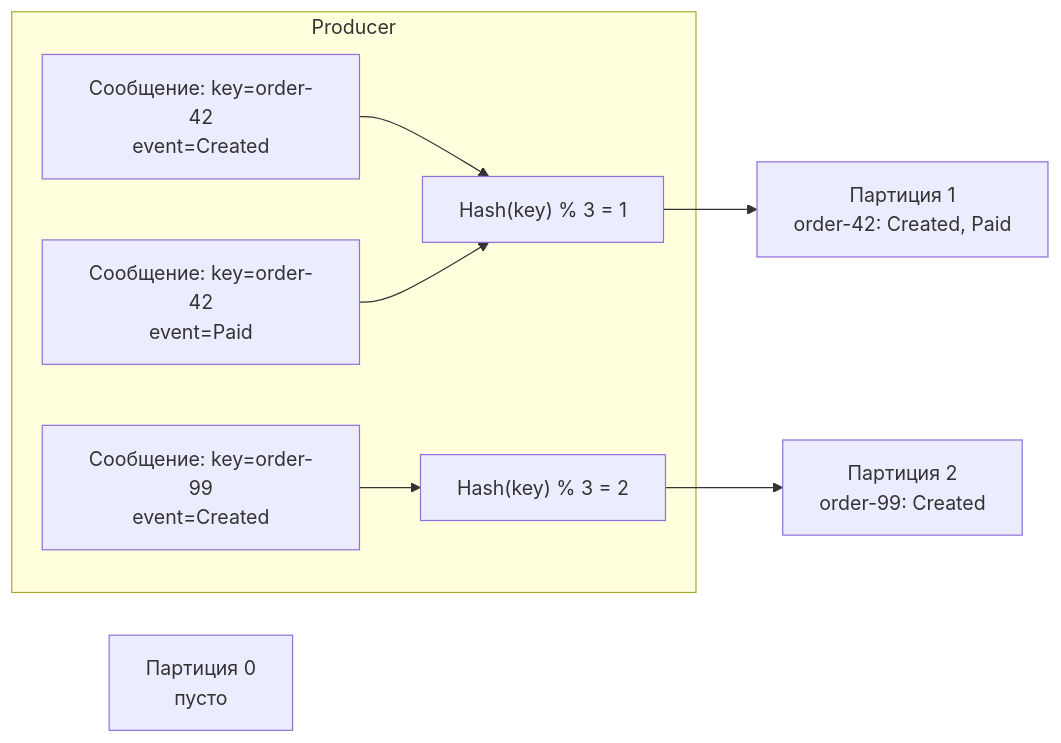
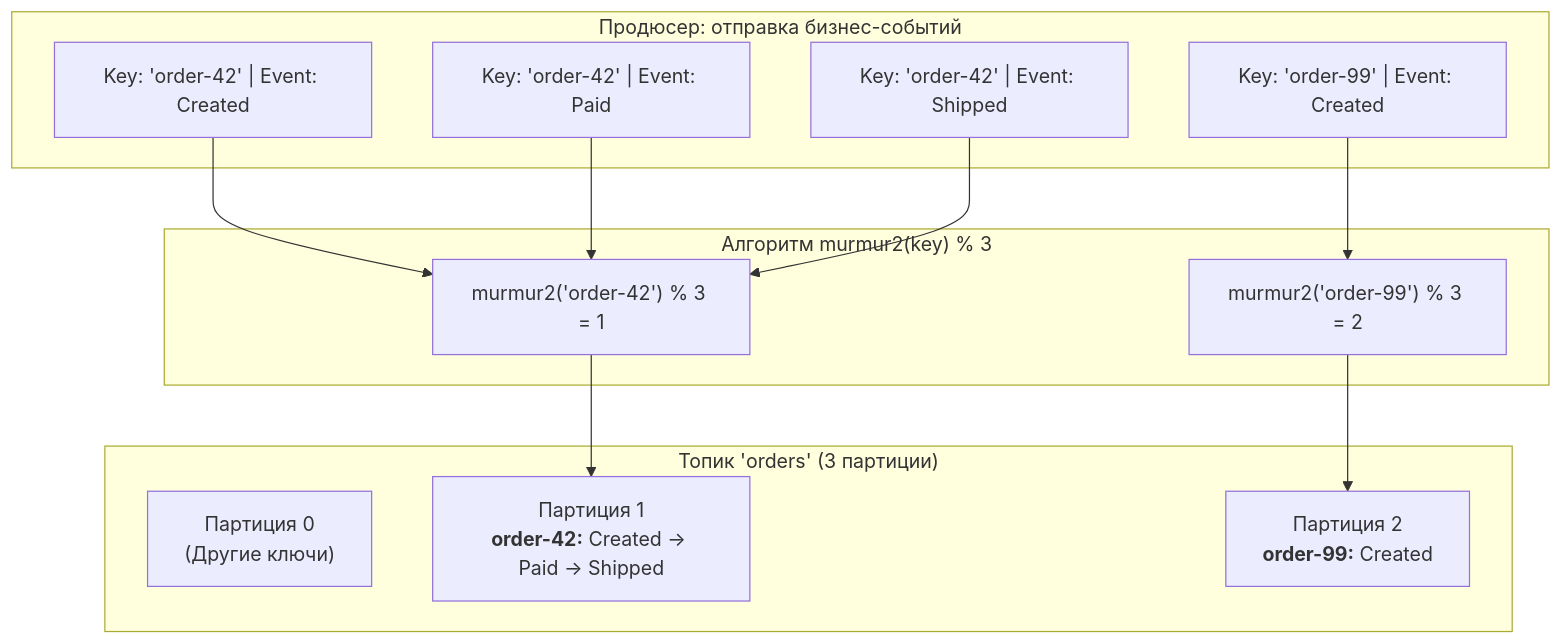
Before and after one commit to UnrealTemplier/go-textbook: the second of 4 diagrams in sources/13. Очереди, брокеры сообщений и оркестраторы/03. Kafka/5. Ordering и partitioning.md, drawn with Mermaid. The commit also changed other lines of this file, not shown here.

````diff
--- a/sources/13. Очереди, брокеры сообщений и оркестраторы/03. Kafka/5. Ordering и partitioning.md
+++ b/sources/13. Очереди, брокеры сообщений и оркестраторы/03. Kafka/5. Ordering и partitioning.md
@@ -27,11 +59,28 @@
 ```mermaid
-flowchart LR
-    subgraph Producer
-        A["Сообщение: key=order-42<br>event=Created"] --> H["Hash(key) % 3 = 1"]
-        B["Сообщение: key=order-42<br>event=Paid"] --> H
-        C["Сообщение: key=order-99<br>event=Created"] --> H2["Hash(key) % 3 = 2"]
+flowchart TD
+    subgraph ProducerApp["Продюсер: отправка бизнес-событий"]
+        E1["Key: 'order-42' | Event: Created"]
+        E2["Key: 'order-42' | Event: Paid"]
+        E3["Key: 'order-99' | Event: Created"]
+        E4["Key: 'order-42' | Event: Shipped"]
     end
-    H --> P1["Партиция 1<br>order-42: Created, Paid"]
-    H2 --> P2["Партиция 2<br>order-99: Created"]
-    P0["Партиция 0<br>пусто"]
+
+    subgraph Hashing["Алгоритм murmur2(key) % 3"]
+        H1["murmur2('order-42') % 3 = 1"]
+        H2["murmur2('order-99') % 3 = 2"]
+    end
+
+    subgraph TopicPartitions["Топик 'orders' (3 партиции)"]
+        P0["Партиция 0<br>(Другие ключи)"]
+        P1["Партиция 1<br><b>order-42:</b> Created → Paid → Shipped"]
+        P2["Партиция 2<br><b>order-99:</b> Created"]
+    end
+
+    E1 --> H1
+    E2 --> H1
+    E4 --> H1
+    E3 --> H2
+
+    H1 --> P1
+    H2 --> P2
 ```
````
